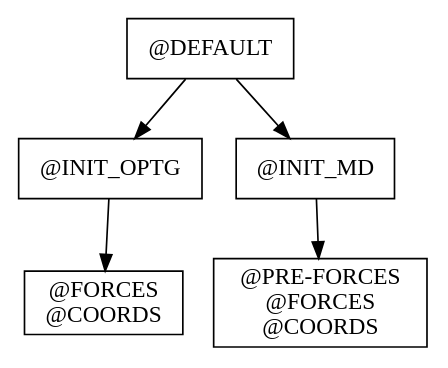
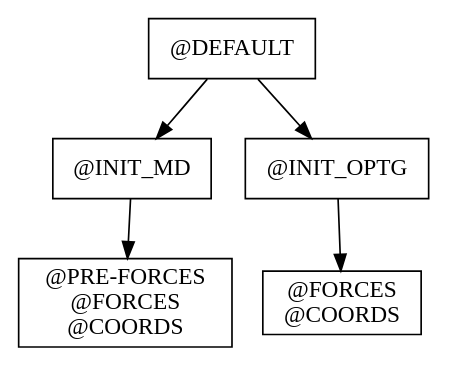
One commit to MolSSI-MDI/MDI_lammps changed the diagram in report/graphs/node-report.gv. Above: the diagram before and after it, drawn with Graphviz. The commit also changed other lines of this file and 2 other files, not shown here.

```diff
--- a/report/graphs/node-report.gv
+++ b/report/graphs/node-report.gv
@@ -1,15 +1,15 @@
 // Node Report
 digraph {
+	"@INIT_MD" [label="@INIT_MD" shape=box]
 	"@INIT_OPTG" [label="@INIT_OPTG" shape=box]
-	"@INIT_MD" [label="@INIT_MD" shape=box]
-	"@DEFAULT" [label="@DEFAULT" shape=box]
 	"@INIT_MD_" [label="@PRE-FORCES
 @FORCES
 @COORDS" shape=box]
 	"@INIT_OPTG_" [label="@FORCES
 @COORDS" shape=box]
+	"@DEFAULT" [label="@DEFAULT" shape=box]
 	"@DEFAULT" -> "@INIT_OPTG"
 	"@DEFAULT" -> "@INIT_MD"
+	"@INIT_MD" -> "@INIT_MD_"
 	"@INIT_OPTG" -> "@INIT_OPTG_"
-	"@INIT_MD" -> "@INIT_MD_"
 }
```
